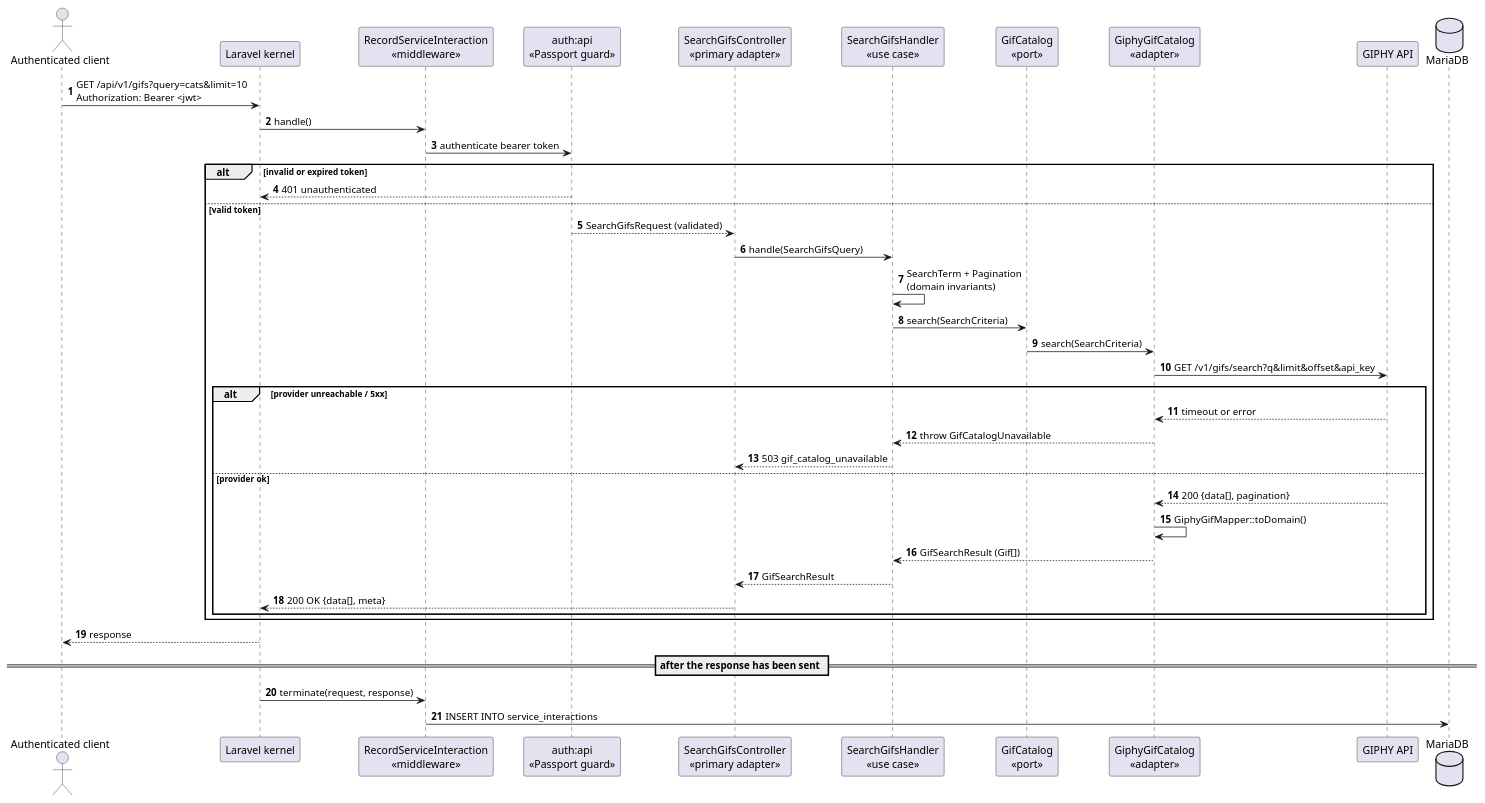
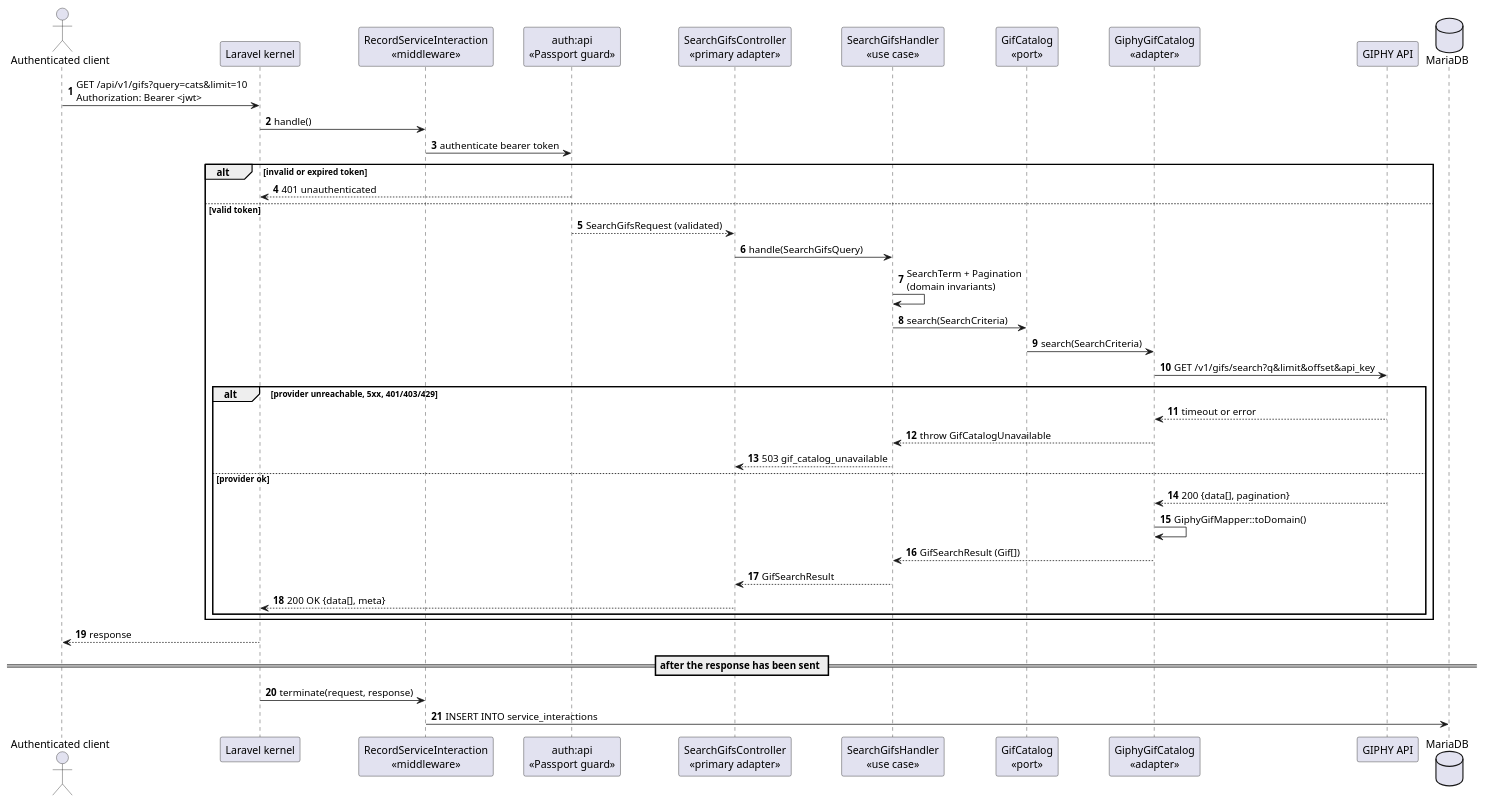
The diagram in docs/diagrams/sequence-search-gifs.puml (alexisrivero/challenge-prex), drawn with PlantUML before and after one commit. The commit also changed 11 other files, not shown here.

```diff
--- a/docs/diagrams/sequence-search-gifs.puml
+++ b/docs/diagrams/sequence-search-gifs.puml
@@ -1,48 +1,48 @@
 @startuml sequence-search-gifs
 ' ---------------------------------------------------------------------------
 ' UC2 - Search GIFs (GET /api/v1/gifs?query=&limit=&offset=)
 ' ---------------------------------------------------------------------------
 skinparam shadowing false
 autonumber
 
 actor "Authenticated client" as Client
 participant "Laravel kernel" as Kernel
 participant "RecordServiceInteraction\n<<middleware>>" as Audit
 participant "auth:api\n<<Passport guard>>" as Guard
 participant "SearchGifsController\n<<primary adapter>>" as Controller
 participant "SearchGifsHandler\n<<use case>>" as Handler
 participant "GifCatalog\n<<port>>" as Port
 participant "GiphyGifCatalog\n<<adapter>>" as Adapter
 participant "GIPHY API" as Giphy
 database "MariaDB" as DB
 
 Client -> Kernel : GET /api/v1/gifs?query=cats&limit=10\nAuthorization: Bearer <jwt>
 Kernel -> Audit : handle()
 Audit -> Guard : authenticate bearer token
 alt invalid or expired token
   Guard --> Kernel : 401 unauthenticated
 else valid token
   Guard --> Controller : SearchGifsRequest (validated)
   Controller -> Handler : handle(SearchGifsQuery)
   Handler -> Handler : SearchTerm + Pagination\n(domain invariants)
   Handler -> Port : search(SearchCriteria)
   Port -> Adapter : search(SearchCriteria)
   Adapter -> Giphy : GET /v1/gifs/search?q&limit&offset&api_key
-  alt provider unreachable / 5xx
+  alt provider unreachable, 5xx, 401/403/429
     Giphy --> Adapter : timeout or error
     Adapter --> Handler : throw GifCatalogUnavailable
     Handler --> Controller : 503 gif_catalog_unavailable
   else provider ok
     Giphy --> Adapter : 200 {data[], pagination}
     Adapter -> Adapter : GiphyGifMapper::toDomain()
     Adapter --> Handler : GifSearchResult (Gif[])
     Handler --> Controller : GifSearchResult
     Controller --> Kernel : 200 OK {data[], meta}
   end
 end
 Kernel --> Client : response
 
 == after the response has been sent ==
 Kernel -> Audit : terminate(request, response)
 Audit -> DB : INSERT INTO service_interactions
 @enduml
```
